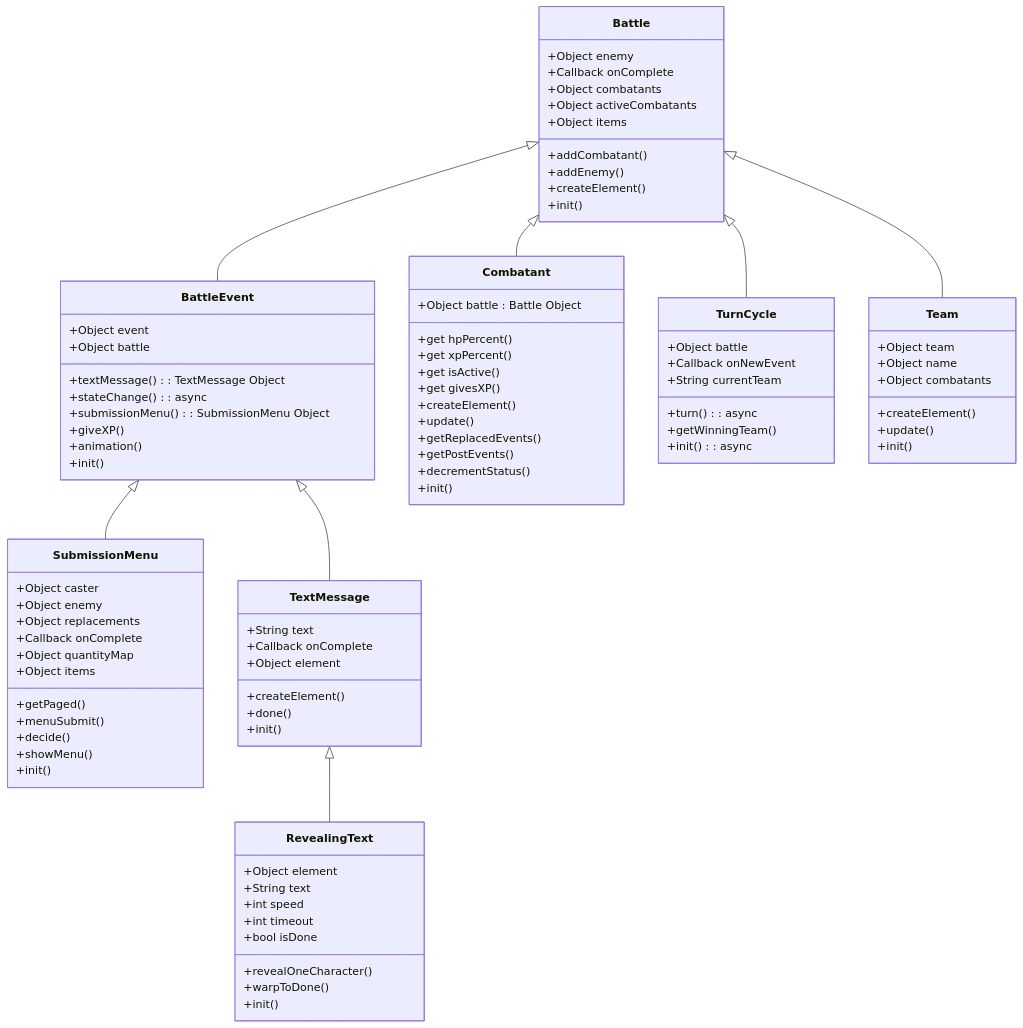
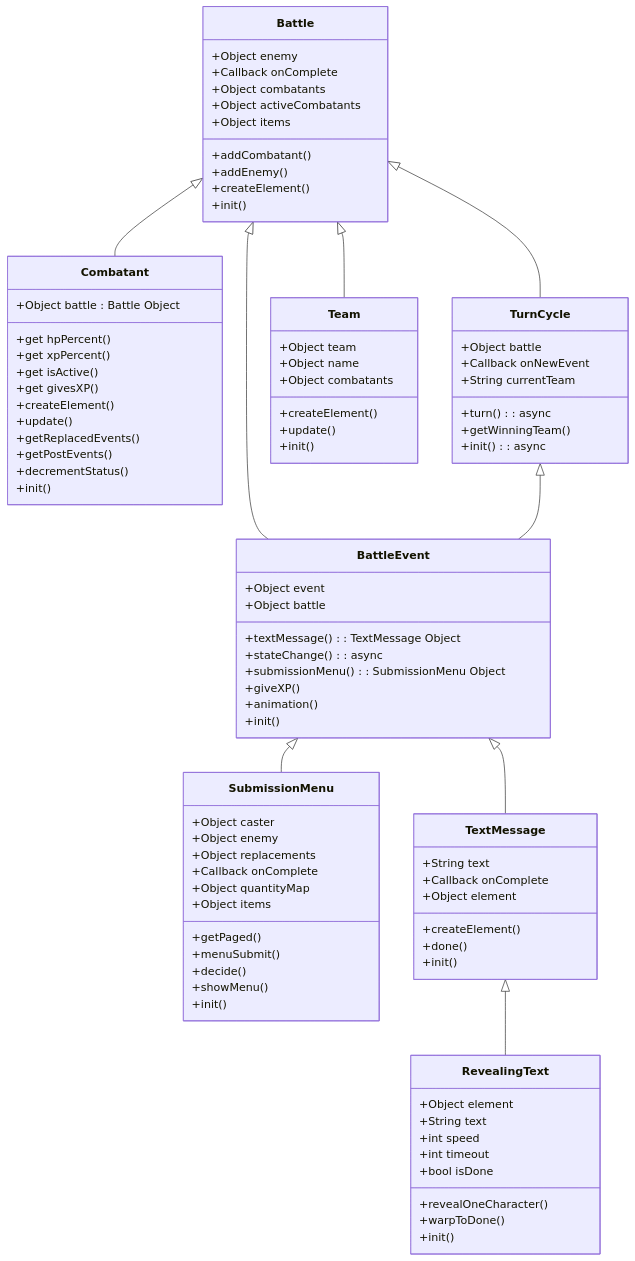
Before and after one commit to ITsPorky/land-of-zenethians-2d-rpg: the third of 3 diagrams in README.md, drawn with Mermaid. The commit also changed other lines of this file, not shown here.

Commit message:
Updated UML Graphs

```diff
--- a/README.md
+++ b/README.md
@@ -281,6 +282,7 @@
       Battle <|-- Combatant
       Battle <|-- TurnCycle
       Battle <|-- Team
+      TurnCycle <|-- BattleEvent
       BattleEvent <|-- SubmissionMenu
       BattleEvent <|-- TextMessage
       TextMessage <|-- RevealingText
```
